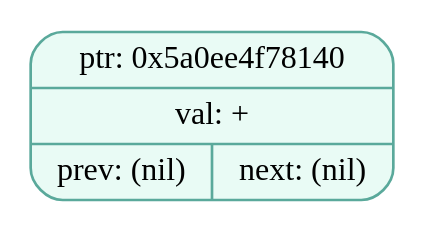
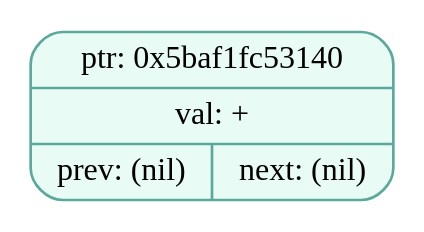
One commit to EvilTomato9890/Difference changed the diagram in dumps/tree_dump_000.dot. Above: the diagram before and after it, drawn with Graphviz. The commit also changed 46 other files, not shown here.

```diff
--- a/dumps/tree_dump_000.dot
+++ b/dumps/tree_dump_000.dot
@@ -1,5 +1,5 @@
 digraph T{
   node [fontname="Fira Mono",shape=record,style="filled,rounded",fontsize=12];
   graph [splines=true, nodesep=0.6, ranksep=0.6];
-  node_0x5a0ee4f78140[shape=record,label="{ {ptr: 0x5a0ee4f78140} | {val: +} | { prev: (nil) | next: (nil) } }",color="#5aa99b",fillcolor="#e9fbf5"];
+  node_0x5baf1fc53140[shape=record,label="{ {ptr: 0x5baf1fc53140} | {val: +} | { prev: (nil) | next: (nil) } }",color="#5aa99b",fillcolor="#e9fbf5"];
 }
```
